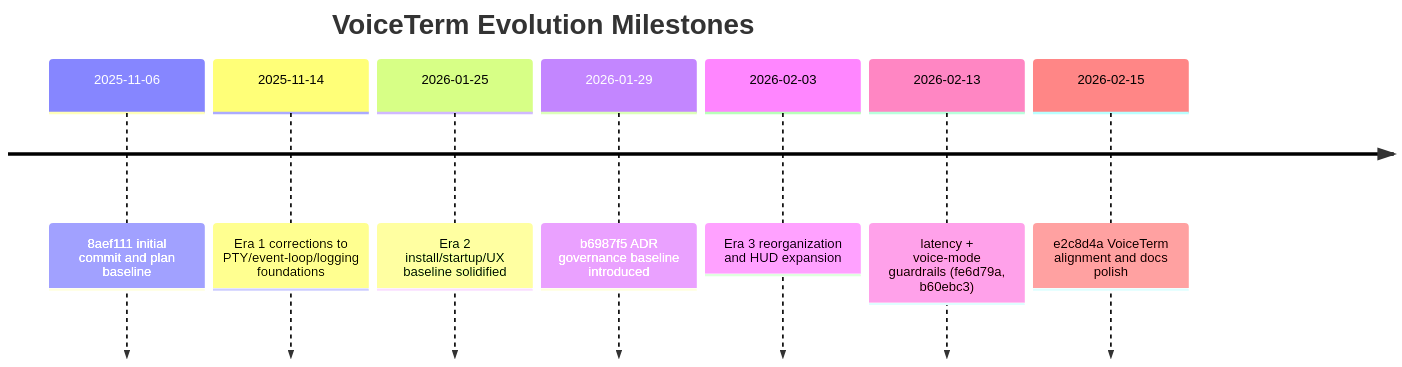
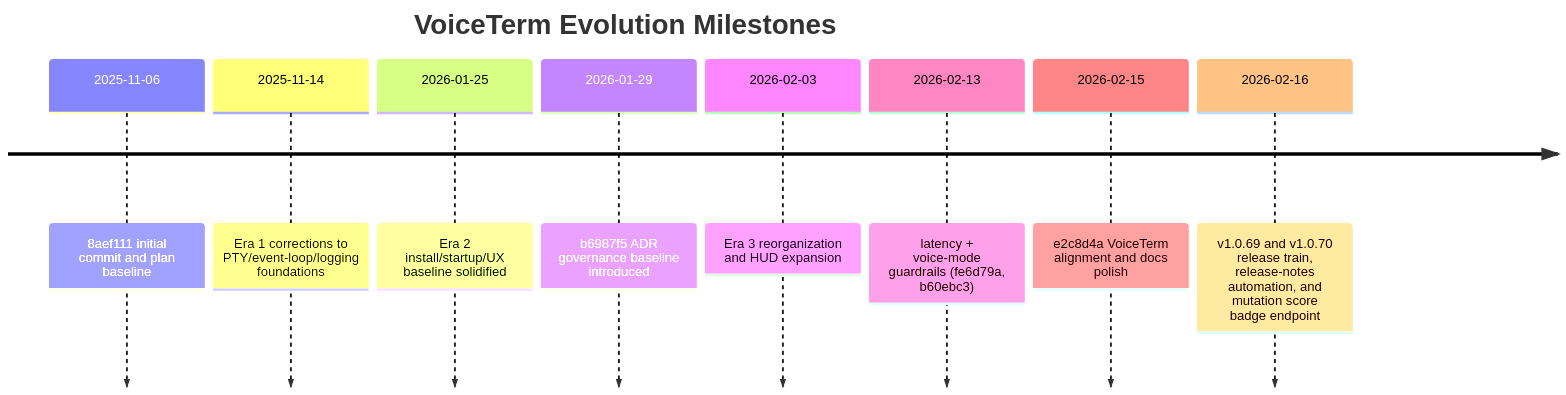
Before and after one commit to jguida941/voiceterm: the third of 5 diagrams in dev/history/ENGINEERING_EVOLUTION.md, drawn with Mermaid. The commit also changed other lines of this file and 21 other files, not shown here.

````diff
--- a/dev/history/ENGINEERING_EVOLUTION.md
+++ b/dev/history/ENGINEERING_EVOLUTION.md
@@ -224,11 +225,12 @@
 ```mermaid
 timeline
   title VoiceTerm Evolution Milestones
   2025-11-06 : 8aef111 initial commit and plan baseline
   2025-11-14 : Era 1 corrections to PTY/event-loop/logging foundations
   2026-01-25 : Era 2 install/startup/UX baseline solidified
   2026-01-29 : b6987f5 ADR governance baseline introduced
   2026-02-03 : Era 3 reorganization and HUD expansion
   2026-02-13 : latency + voice-mode guardrails (fe6d79a, b60ebc3)
   2026-02-15 : e2c8d4a VoiceTerm alignment and docs polish
+  2026-02-16 : v1.0.69 and v1.0.70 release train, release-notes automation, and mutation score badge endpoint
 ```
````
